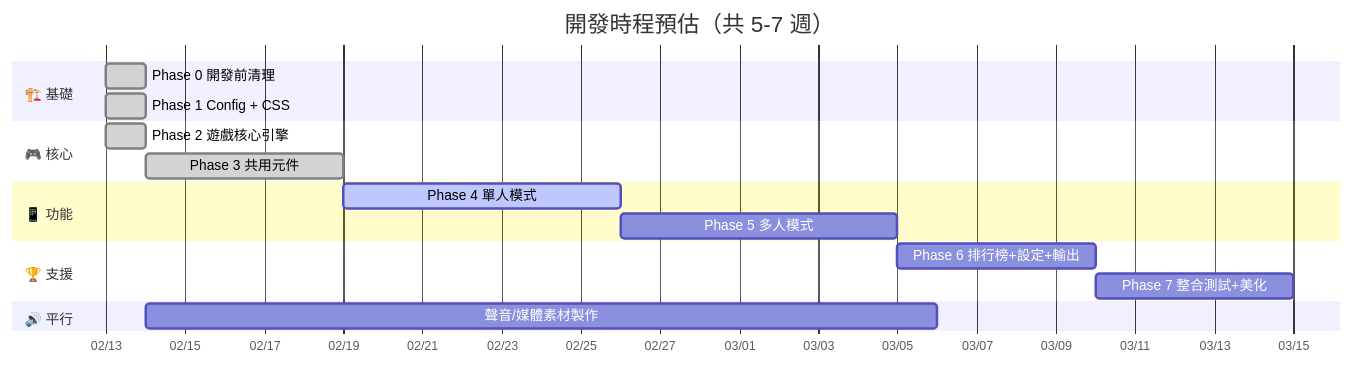
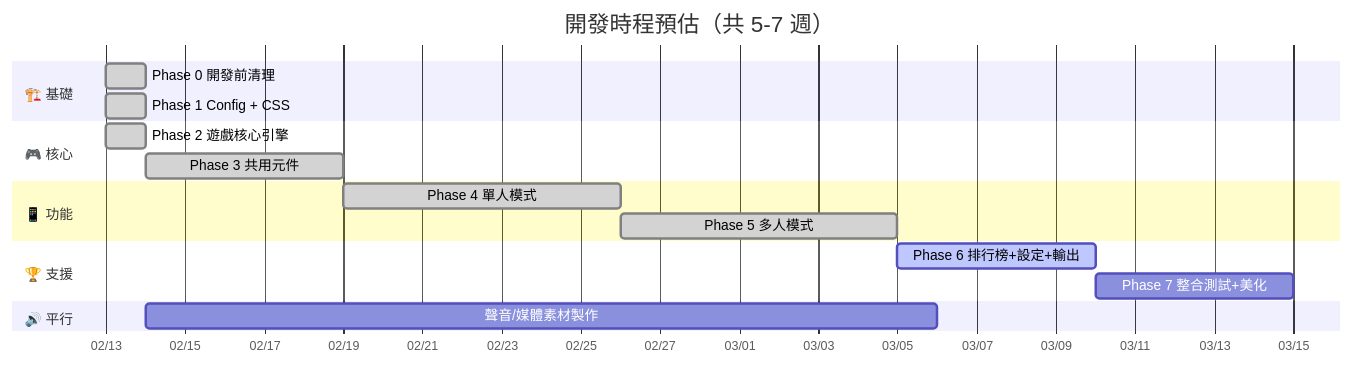
Before and after one commit to patiencelee-39/ef-game: diagram 32 of 34 in 完整需求文件v4.5.md, drawn with Mermaid. The commit also changed other lines of this file, not shown here.

First line of the commit message:
docs: 需求文件流程圖+開發時程更新

````diff
--- a/完整需求文件v4.5.md
+++ b/完整需求文件v4.5.md
@@ -6346,25 +6368,25 @@
 ```mermaid
 gantt
     title 開發時程預估（共 5-7 週）
     dateFormat  YYYY-MM-DD
     axisFormat  %m/%d
 
     section 🏗️ 基礎
     Phase 0 開發前清理          :done, p0, 2026-02-13, 1d
     Phase 1 Config + CSS        :done, p1, 2026-02-13, 1d
 
     section 🎮 核心
     Phase 2 遊戲核心引擎        :done, p2, 2026-02-13, 1d
     Phase 3 共用元件            :done, p3, after p2, 5d
 
     section 📱 功能
-    Phase 4 單人模式            :active, p4, after p3, 7d
-    Phase 5 多人模式            :p5, after p4, 7d
+    Phase 4 單人模式            :done, p4, after p3, 7d
+    Phase 5 多人模式            :done, p5, after p4, 7d
 
     section 🏆 支援
-    Phase 6 排行榜+設定+輸出    :p6, after p5, 5d
+    Phase 6 排行榜+設定+輸出    :active, p6, after p5, 5d
     Phase 7 整合測試+美化       :p7, after p6, 5d
 
     section 🔊 平行
     聲音/媒體素材製作           :pa, after p1, 20d
 ```
````
